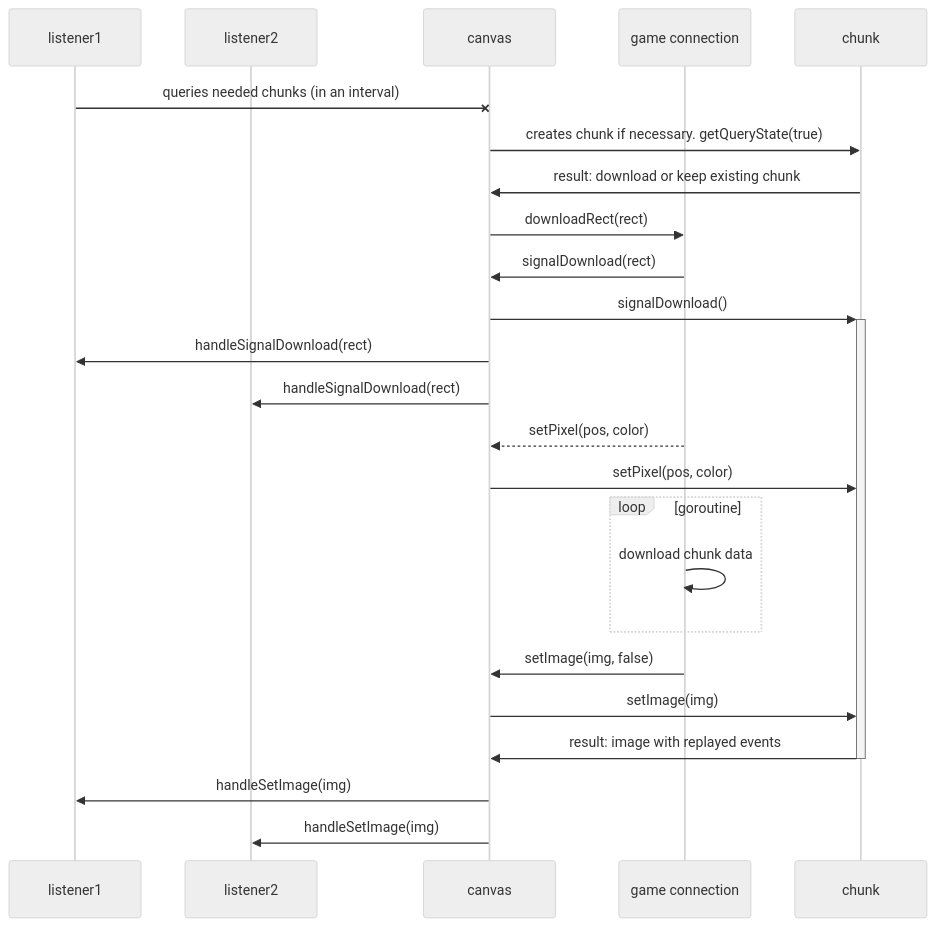
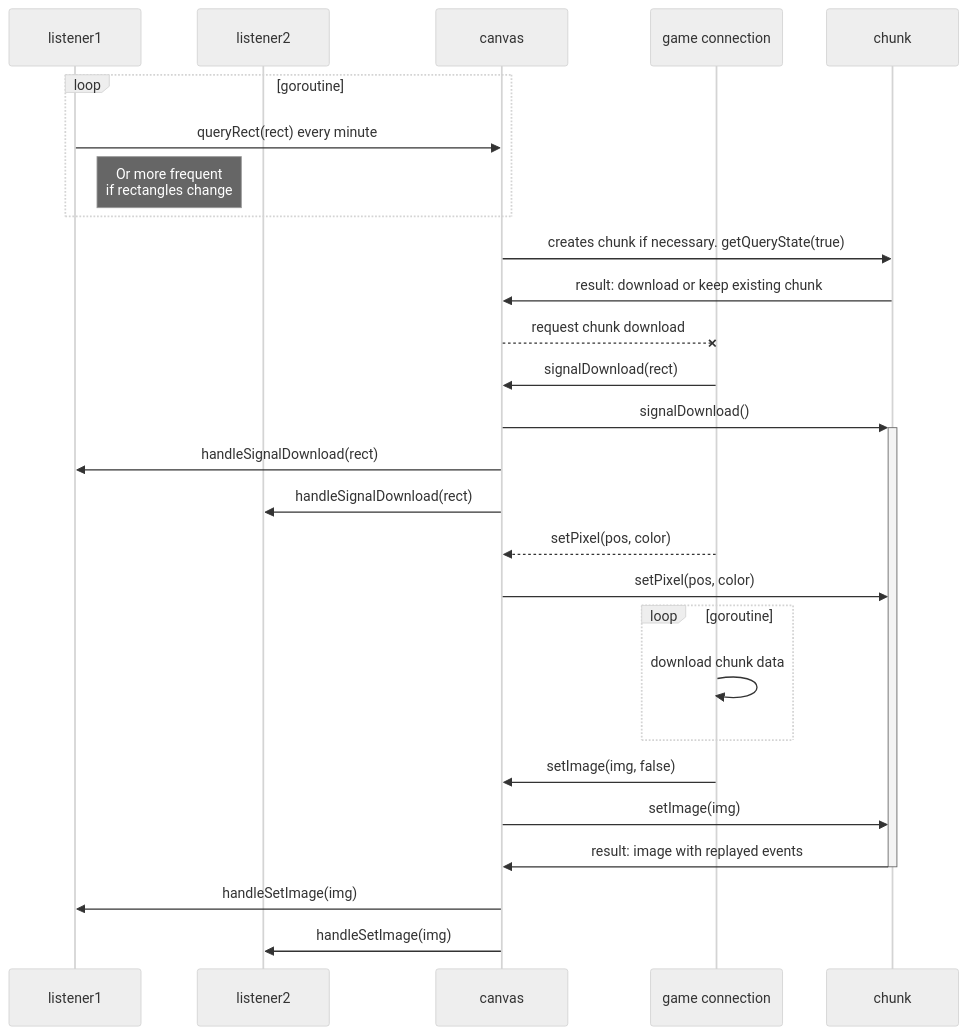
Before and after one commit to Dadido3/D3pixelbot: the diagram in Documentation/internals.md, drawn with Mermaid (neutral theme). The commit also changed other lines of this file and 6 other files, not shown here.

````diff
--- a/Documentation/internals.md
+++ b/Documentation/internals.md
@@ -5,27 +14,30 @@
 ```mermaid
 sequenceDiagram
     participant listener1
     participant listener2
     participant canvas
     participant game connection
     participant chunk
 
-    listener1 -x canvas: queries needed chunks (in an interval)
+    loop goroutine
+        listener1 ->> canvas: queryRect(rect) every minute
+        note right of listener1: Or more frequent<br>if rectangles change
+    end
     canvas ->> chunk: creates chunk if necessary. getQueryState(true)
     chunk ->> canvas: result: download or keep existing chunk
-    canvas ->> game connection: downloadRect(rect)
+    canvas --x game connection: request chunk download
     game connection ->> canvas: signalDownload(rect)
     canvas ->> +chunk: signalDownload()
     canvas ->> listener1: handleSignalDownload(rect)
     canvas ->> listener2: handleSignalDownload(rect)
     game connection -->> canvas: setPixel(pos, color)
     canvas ->> chunk: setPixel(pos, color)
     loop goroutine
         game connection->>game connection: download chunk data
     end
     game connection ->> canvas: setImage(img, false)
     canvas ->> chunk: setImage(img)
     chunk ->> -canvas: result: image with replayed events
     canvas ->> listener1: handleSetImage(img)
     canvas ->> listener2: handleSetImage(img)
 ```
````
